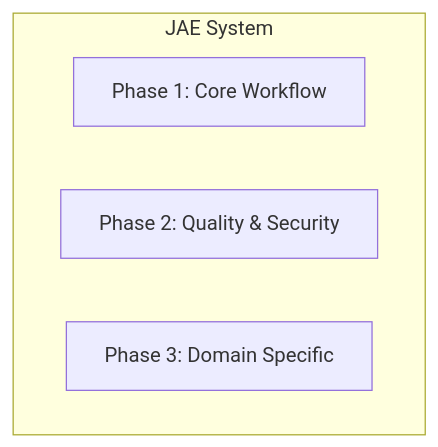
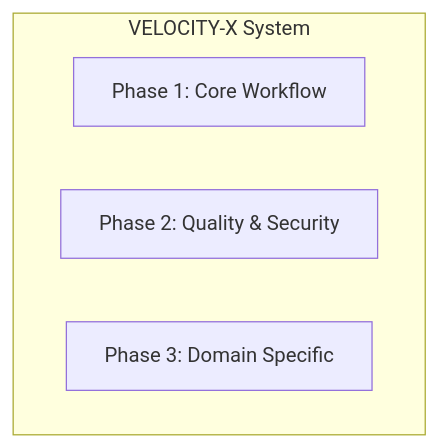
The first of 4 diagrams in .claude/agents/book-diagram-creator.md (jayleekr/protocol-jae), drawn with Mermaid before and after one commit. The commit also changed other lines of this file and 349 other files, not shown here.

First line of the commit message:
Rename project from JAE to VELOCITY-X

````diff
--- a/.claude/agents/book-diagram-creator.md
+++ b/.claude/agents/book-diagram-creator.md
@@ -22,8 +22,8 @@
 ```mermaid
 graph TB
-    subgraph "JAE System"
+    subgraph "VELOCITY-X System"
         A[Phase 1: Core Workflow]
         B[Phase 2: Quality & Security]
         C[Phase 3: Domain Specific]
     end
 ```
````
